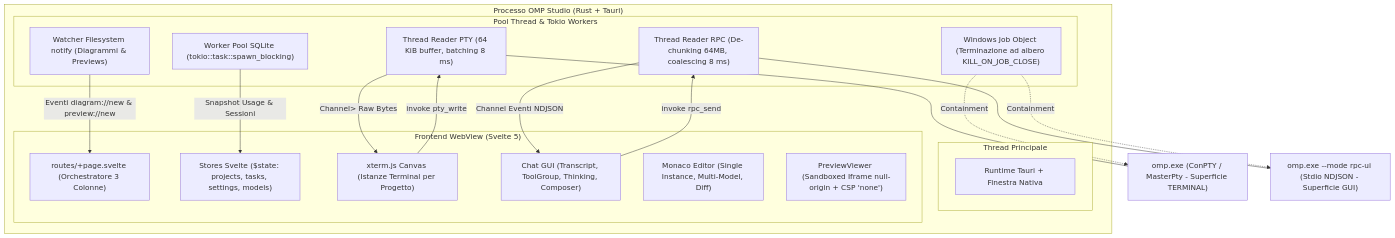
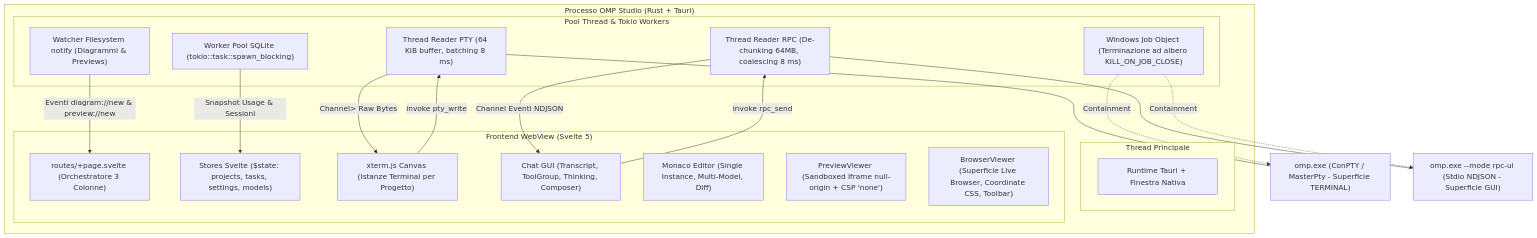
The first of 2 diagrams in docs/ARCHITECTURE.md (Bodyes26/OMP-Studio), drawn with Mermaid before and after one commit. The commit also changed other lines of this file and 8 other files, not shown here.

Commit message:
feat(browser): S41 — BrowserViewer nella colonna centrale, toolbar e mapping coordinate live

````diff
--- a/docs/ARCHITECTURE.md
+++ b/docs/ARCHITECTURE.md
@@ -43,39 +43,40 @@
 ```mermaid
 graph TB
   subgraph Processo["Processo OMP Studio (Rust + Tauri)"]
     subgraph Main["Thread Principale"]
       TAURI["Runtime Tauri + Finestra Nativa"]
     end
     subgraph Pool["Pool Thread & Tokio Workers"]
       PTY_RD["Thread Reader PTY (64 KiB buffer, batching 8 ms)"]
       RPC_RD["Thread Reader RPC (De-chunking 64MB, coalescing 8 ms)"]
       SQL_POOL["Worker Pool SQLite (tokio::task::spawn_blocking)"]
       FS_WATCH["Watcher Filesystem notify (Diagrammi & Previews)"]
       JOB_WIN["Windows Job Object (Terminazione ad albero KILL_ON_JOB_CLOSE)"]
     end
     subgraph WV["Frontend WebView (Svelte 5)"]
       PAGE["routes/+page.svelte (Orchestratore 3 Colonne)"]
       STORES["Stores Svelte ($state: projects, tasks, settings, models)"]
       XT["xterm.js Canvas (Istanze Terminal per Progetto)"]
       CHAT["Chat GUI (Transcript, ToolGroup, Thinking, Composer)"]
       MON["Monaco Editor (Single Instance, Multi-Model, Diff)"]
       PREV["PreviewViewer (Sandboxed Iframe null-origin + CSP 'none')"]
+      BROWSER["BrowserViewer (Superficie Live Browser, Coordinate CSS, Toolbar)"]
     end
   end
 
   OMP_PTY["omp.exe (ConPTY / MasterPty - Superficie TERMINAL)"]
   OMP_RPC["omp.exe --mode rpc-ui (Stdio NDJSON - Superficie GUI)"]
 
   PTY_RD -->|"Channel<Vec<u8>> Raw Bytes"| XT
   XT -->|"invoke pty_write"| PTY_RD
   PTY_RD --- OMP_PTY
   JOB_WIN -.->|"Containment"| OMP_PTY
 
   RPC_RD -->|"Channel<String> Eventi NDJSON"| CHAT
   CHAT -->|"invoke rpc_send"| RPC_RD
   RPC_RD --- OMP_RPC
   JOB_WIN -.->|"Containment"| OMP_RPC
 
   SQL_POOL -->|"Snapshot Usage & Sessioni"| STORES
   FS_WATCH -->|"Eventi diagram://new & preview://new"| PAGE
 ```
````
